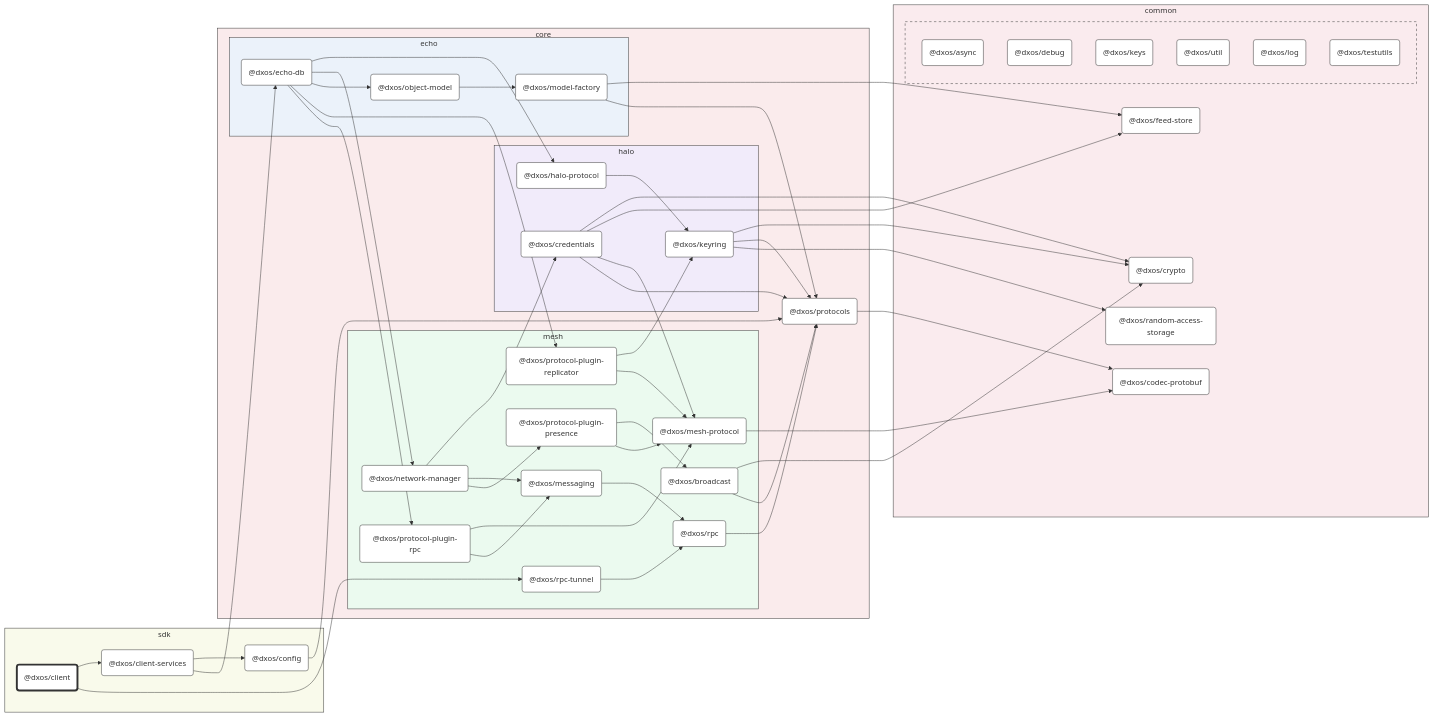
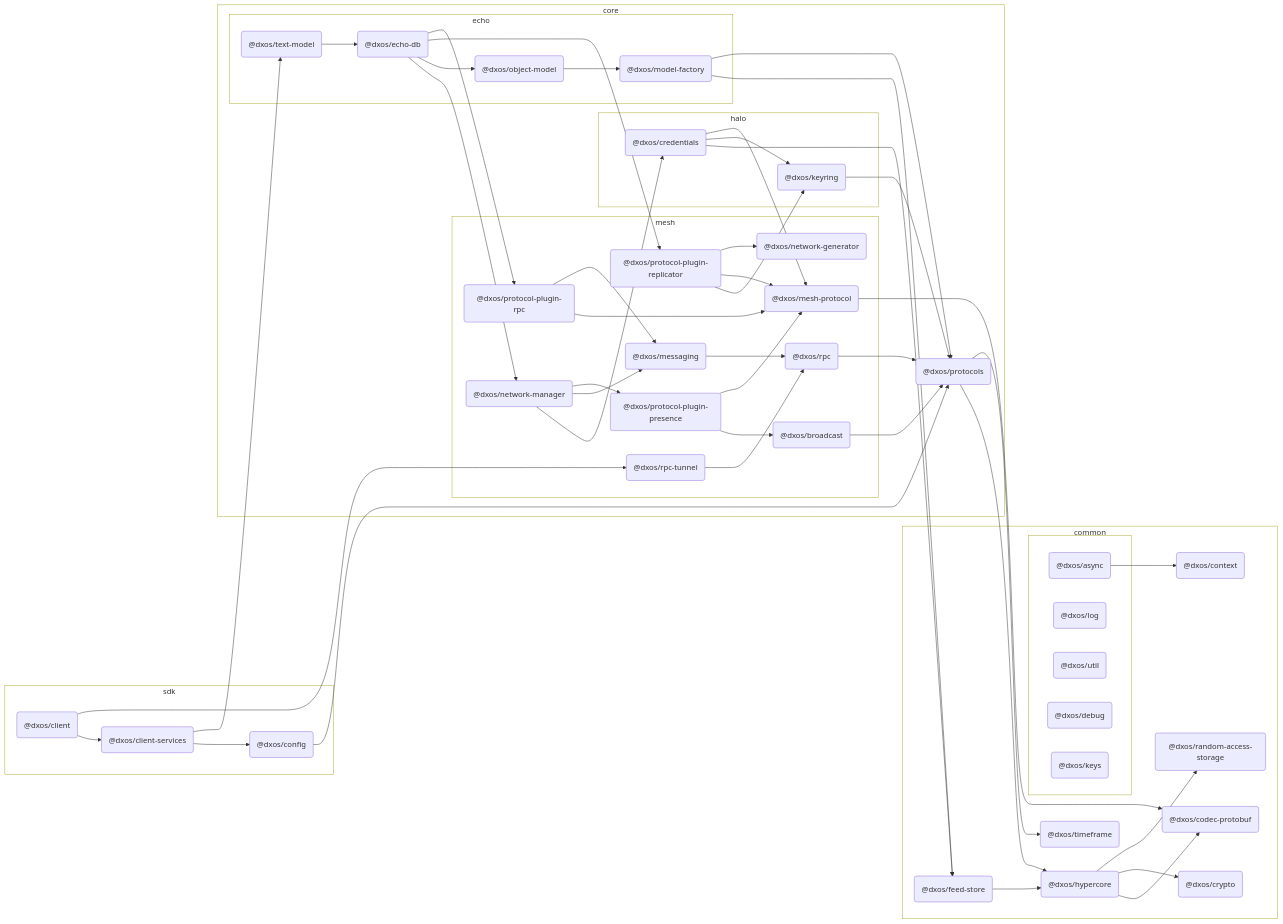
One commit to dxos/dxos changed the second of 2 diagrams in packages/sdk/client/docs/README.md. Above: the diagram before and after it, drawn with Mermaid. The commit also changed other lines of this file and 127 other files, not shown here.

````diff
--- a/packages/sdk/client/docs/README.md
+++ b/packages/sdk/client/docs/README.md
@@ -10,13 +116,13 @@
 flowchart LR
 
 %% Classes
-classDef def fill:#fff,stroke:#333,stroke-width:1px
-classDef root fill:#fff,stroke:#333,stroke-width:4px
+
+
 
 %% Nodes
 
 subgraph sdk [sdk]
-  style sdk fill:#f9faeb,stroke:#333
+  style sdk fill:transparent
   dxos/client("@dxos/client"):::root
   click dxos/client "dxos/dxos/tree/main/packages/sdk/client/docs"
   dxos/client-services("@dxos/client-services"):::def
@@ -26,50 +132,52 @@
 end
 
 subgraph common [common]
-  style common fill:#faebee,stroke:#333
+  style common fill:transparent
+  dxos/context("@dxos/context"):::def
+  click dxos/context "dxos/dxos/tree/main/packages/common/context/docs"
   dxos/codec-protobuf("@dxos/codec-protobuf"):::def
   click dxos/codec-protobuf "dxos/dxos/tree/main/packages/common/codec-protobuf/docs"
+  dxos/hypercore("@dxos/hypercore"):::def
+  click dxos/hypercore "dxos/dxos/tree/main/packages/common/hypercore/docs"
   dxos/crypto("@dxos/crypto"):::def
   click dxos/crypto "dxos/dxos/tree/main/packages/common/crypto/docs"
+  dxos/random-access-storage("@dxos/random-access-storage"):::def
+  click dxos/random-access-storage "dxos/dxos/tree/main/packages/common/random-access-storage/docs"
+  dxos/timeframe("@dxos/timeframe"):::def
+  click dxos/timeframe "dxos/dxos/tree/main/packages/common/timeframe/docs"
   dxos/feed-store("@dxos/feed-store"):::def
   click dxos/feed-store "dxos/dxos/tree/main/packages/common/feed-store/docs"
-  dxos/random-access-storage("@dxos/random-access-storage"):::def
-  click dxos/random-access-storage "dxos/dxos/tree/main/packages/common/random-access-storage/docs"
 
   subgraph _ [ ]
-    style _ fill:#faebee,stroke:#333,stroke-dasharray:5 5
+    style _ fill:transparent
     dxos/async("@dxos/async"):::def
     click dxos/async "dxos/dxos/tree/main/packages/common/async/docs"
+    dxos/log("@dxos/log"):::def
+    click dxos/log "dxos/dxos/tree/main/packages/common/log/docs"
+    dxos/util("@dxos/util"):::def
+    click dxos/util "dxos/dxos/tree/main/packages/common/util/docs"
     dxos/debug("@dxos/debug"):::def
     click dxos/debug "dxos/dxos/tree/main/packages/common/debug/docs"
     dxos/keys("@dxos/keys"):::def
     click dxos/keys "dxos/dxos/tree/main/packages/common/keys/docs"
-    dxos/util("@dxos/util"):::def
-    click dxos/util "dxos/dxos/tree/main/packages/common/util/docs"
-    dxos/log("@dxos/log"):::def
-    click dxos/log "dxos/dxos/tree/main/packages/common/log/docs"
-    dxos/testutils("@dxos/testutils"):::def
-    click dxos/testutils "dxos/dxos/tree/main/packages/common/testutils/docs"
   end
 end
 
 subgraph core [core]
-  style core fill:#faebec,stroke:#333
+  style core fill:transparent
   dxos/protocols("@dxos/protocols"):::def
   click dxos/protocols "dxos/dxos/tree/main/packages/core/protocols/docs"
 
   subgraph halo [halo]
-    style halo fill:#f1ebfa,stroke:#333
+    style halo fill:transparent
     dxos/credentials("@dxos/credentials"):::def
     click dxos/credentials "dxos/dxos/tree/main/packages/core/halo/credentials/docs"
-    dxos/halo-protocol("@dxos/halo-protocol"):::def
-    click dxos/halo-protocol "dxos/dxos/tree/main/packages/core/halo/halo-protocol/docs"
     dxos/keyring("@dxos/keyring"):::def
     click dxos/keyring "dxos/dxos/tree/main/packages/core/halo/keyring/docs"
   end
 
   subgraph mesh [mesh]
-    style mesh fill:#ebfaef,stroke:#333
+    style mesh fill:transparent
     dxos/mesh-protocol("@dxos/mesh-protocol"):::def
     click dxos/mesh-protocol "dxos/dxos/tree/main/packages/core/mesh/mesh-protocol/docs"
     dxos/messaging("@dxos/messaging"):::def
@@ -84,6 +192,8 @@
     click dxos/broadcast "dxos/dxos/tree/main/packages/core/mesh/broadcast/docs"
     dxos/protocol-plugin-replicator("@dxos/protocol-plugin-replicator"):::def
     click dxos/protocol-plugin-replicator "dxos/dxos/tree/main/packages/core/mesh/protocol-plugin-replicator/docs"
+    dxos/network-generator("@dxos/network-generator"):::def
+    click dxos/network-generator "dxos/dxos/tree/main/packages/core/mesh/network-generator/docs"
     dxos/protocol-plugin-rpc("@dxos/protocol-plugin-rpc"):::def
     click dxos/protocol-plugin-rpc "dxos/dxos/tree/main/packages/core/mesh/protocol-plugin-rpc/docs"
     dxos/rpc-tunnel("@dxos/rpc-tunnel"):::def
@@ -91,33 +201,34 @@
   end
 
   subgraph echo [echo]
-    style echo fill:#ebf2fa,stroke:#333
+    style echo fill:transparent
     dxos/echo-db("@dxos/echo-db"):::def
     click dxos/echo-db "dxos/dxos/tree/main/packages/core/echo/echo-db/docs"
     dxos/model-factory("@dxos/model-factory"):::def
     click dxos/model-factory "dxos/dxos/tree/main/packages/core/echo/model-factory/docs"
     dxos/object-model("@dxos/object-model"):::def
     click dxos/object-model "dxos/dxos/tree/main/packages/core/echo/object-model/docs"
+    dxos/text-model("@dxos/text-model"):::def
+    click dxos/text-model "dxos/dxos/tree/main/packages/core/echo/text-model/docs"
   end
 end
 
 %% Links
-linkStyle default stroke:#333,stroke-width:1px
+dxos/async --> dxos/context
 dxos/client --> dxos/client-services
 dxos/client-services --> dxos/config
 dxos/config --> dxos/protocols
-dxos/protocols --> dxos/codec-protobuf
-dxos/credentials --> dxos/crypto
+dxos/protocols --> dxos/hypercore
+dxos/hypercore --> dxos/codec-protobuf
+dxos/hypercore --> dxos/crypto
+dxos/hypercore --> dxos/random-access-storage
+dxos/protocols --> dxos/timeframe
 dxos/credentials --> dxos/feed-store
+dxos/feed-store --> dxos/hypercore
+dxos/credentials --> dxos/keyring
+dxos/keyring --> dxos/protocols
 dxos/credentials --> dxos/mesh-protocol
 dxos/mesh-protocol --> dxos/codec-protobuf
-dxos/credentials --> dxos/protocols
-dxos/client-services --> dxos/echo-db
-dxos/echo-db --> dxos/halo-protocol
-dxos/halo-protocol --> dxos/keyring
-dxos/keyring --> dxos/crypto
-dxos/keyring --> dxos/protocols
-dxos/keyring --> dxos/random-access-storage
 dxos/messaging --> dxos/rpc
 dxos/rpc --> dxos/protocols
 dxos/model-factory --> dxos/feed-store
@@ -127,7 +238,6 @@
 dxos/network-manager --> dxos/messaging
 dxos/network-manager --> dxos/protocol-plugin-presence
 dxos/protocol-plugin-presence --> dxos/broadcast
-dxos/broadcast --> dxos/crypto
 dxos/broadcast --> dxos/protocols
 dxos/protocol-plugin-presence --> dxos/mesh-protocol
 dxos/echo-db --> dxos/object-model
@@ -135,9 +245,12 @@
 dxos/echo-db --> dxos/protocol-plugin-replicator
 dxos/protocol-plugin-replicator --> dxos/keyring
 dxos/protocol-plugin-replicator --> dxos/mesh-protocol
+dxos/protocol-plugin-replicator --> dxos/network-generator
 dxos/echo-db --> dxos/protocol-plugin-rpc
 dxos/protocol-plugin-rpc --> dxos/mesh-protocol
 dxos/protocol-plugin-rpc --> dxos/messaging
+dxos/client-services --> dxos/text-model
+dxos/text-model --> dxos/echo-db
 dxos/client --> dxos/rpc-tunnel
 dxos/rpc-tunnel --> dxos/rpc
 ```
````
